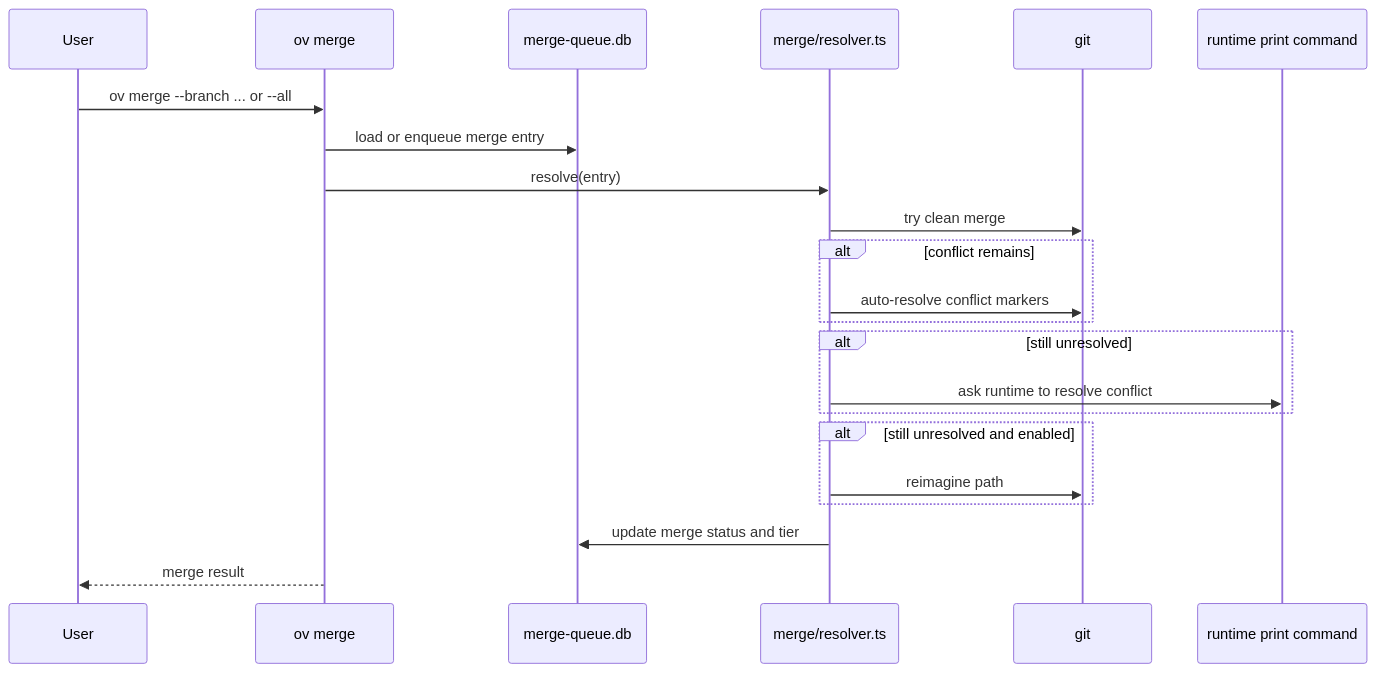
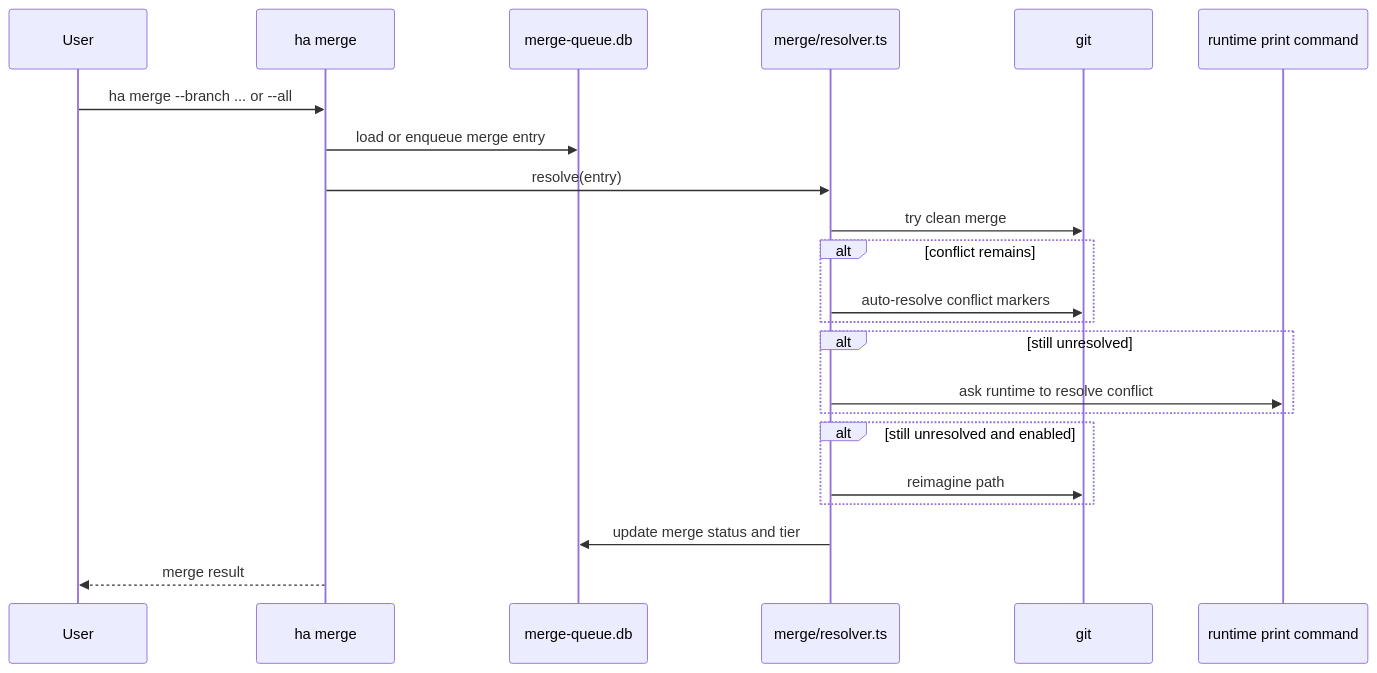
One commit to liker0704/haru changed the seventh of 9 diagrams in docs/architecture/workflows.md. Above: the diagram before and after it, drawn with Mermaid. The commit also changed other lines of this file and 668 other files, not shown here.

````diff
--- a/docs/architecture/workflows.md
+++ b/docs/architecture/workflows.md
@@ -295,25 +295,25 @@
 ```mermaid
 sequenceDiagram
     participant User
-    participant MergeCmd as ov merge
+    participant MergeCmd as ha merge
     participant Queue as merge-queue.db
     participant Resolver as merge/resolver.ts
     participant Git as git
     participant AI as runtime print command
 
-    User->>MergeCmd: ov merge --branch ... or --all
+    User->>MergeCmd: ha merge --branch ... or --all
     MergeCmd->>Queue: load or enqueue merge entry
     MergeCmd->>Resolver: resolve(entry)
     Resolver->>Git: try clean merge
     alt conflict remains
         Resolver->>Git: auto-resolve conflict markers
     end
     alt still unresolved
         Resolver->>AI: ask runtime to resolve conflict
     end
     alt still unresolved and enabled
         Resolver->>Git: reimagine path
     end
     Resolver->>Queue: update merge status and tier
     MergeCmd-->>User: merge result
 ```
````
